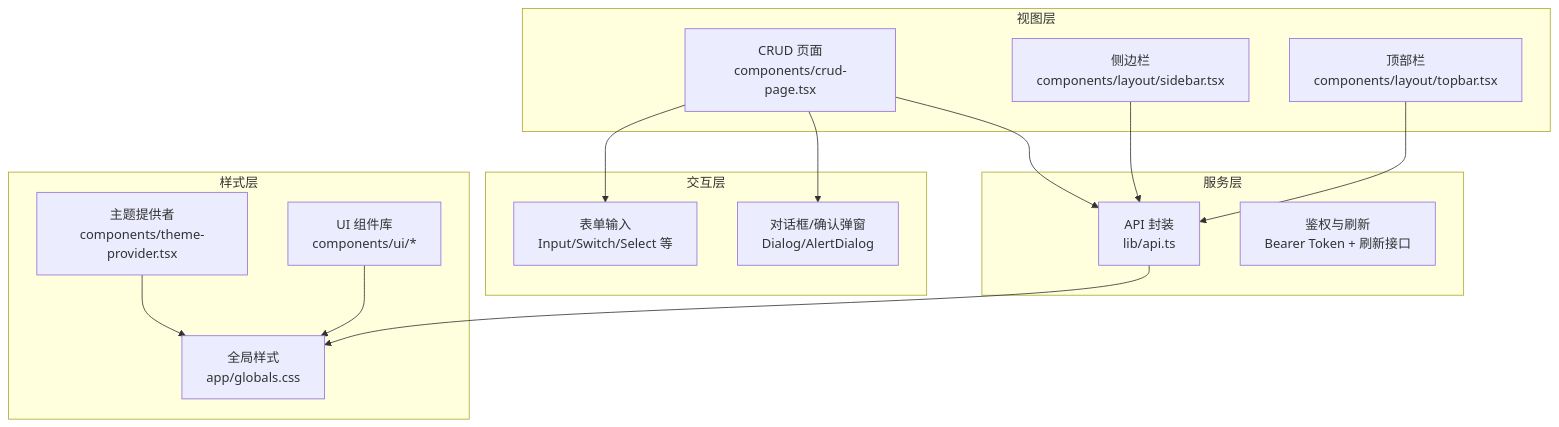
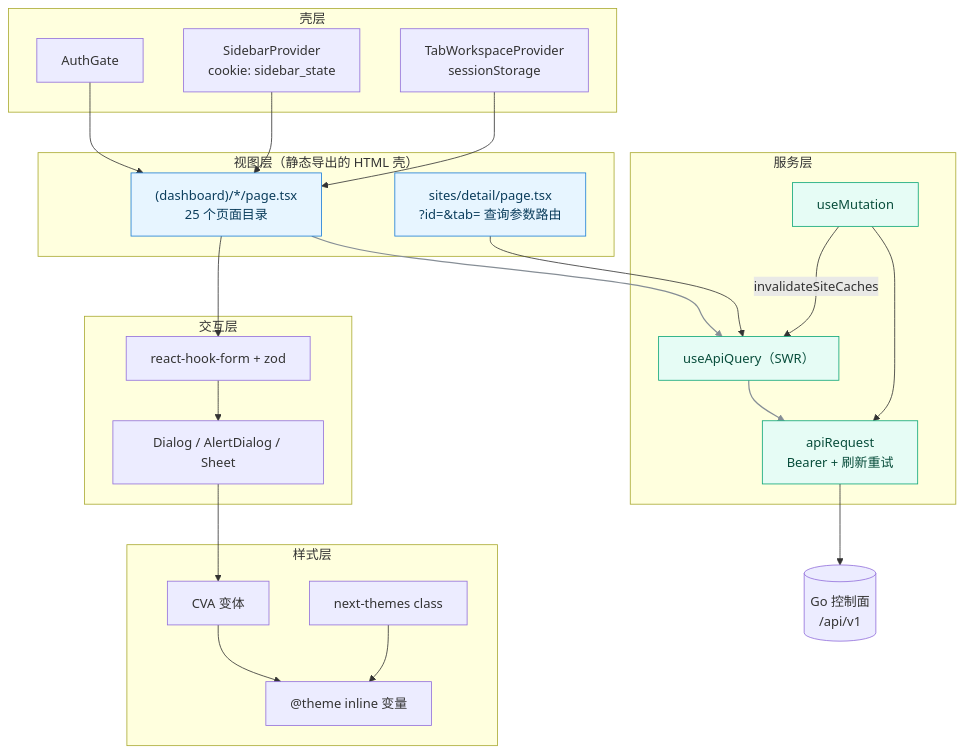
One commit to x01n/My-OpenWaf changed the second of 9 diagrams in docs/前端管理界面/前端管理界面.md. Above: the diagram before and after it, drawn with Mermaid. The commit also changed other lines of this file and 622 other files, not shown here.

````diff
--- a/docs/前端管理界面/前端管理界面.md
+++ b/docs/前端管理界面/前端管理界面.md
@@ -129,29 +260,43 @@
 ```mermaid
-graph TB
-subgraph "视图层"
-V1["CRUD 页面<br/>components/crud-page.tsx"]
-V2["侧边栏<br/>components/layout/sidebar.tsx"]
-V3["顶部栏<br/>components/layout/topbar.tsx"]
-end
-subgraph "交互层"
-I1["表单输入<br/>Input/Switch/Select 等"]
-I2["对话框/确认弹窗<br/>Dialog/AlertDialog"]
-end
-subgraph "服务层"
-S1["API 封装<br/>lib/api.ts"]
-S2["鉴权与刷新<br/>Bearer Token + 刷新接口"]
-end
-subgraph "样式层"
-ST1["全局样式<br/>app/globals.css"]
-ST2["主题提供者<br/>components/theme-provider.tsx"]
-ST3["UI 组件库<br/>components/ui/*"]
-end
-V1 --> I1
-V1 --> I2
-V1 --> S1
-V2 --> S1
-V3 --> S1
-S1 --> ST1
-ST2 --> ST1
-ST3 --> ST1
+flowchart TB
+  subgraph L1["视图层（静态导出的 HTML 壳）"]
+    P1["(dashboard)/*/page.tsx<br/>25 个页面目录"]
+    P2["sites/detail/page.tsx<br/>?id=&tab= 查询参数路由"]
+  end
+  subgraph L2["壳层"]
+    S1["AuthGate"]
+    S2["SidebarProvider<br/>cookie: sidebar_state"]
+    S3["TabWorkspaceProvider<br/>sessionStorage"]
+  end
+  subgraph L3["交互层"]
+    I1["react-hook-form + zod"]
+    I2["Dialog / AlertDialog / Sheet"]
+  end
+  subgraph L4["服务层"]
+    SV1["useApiQuery（SWR）"]
+    SV2["useMutation"]
+    SV3["apiRequest<br/>Bearer + 刷新重试"]
+  end
+  subgraph L5["样式层"]
+    ST1["@theme inline 变量"]
+    ST2["CVA 变体"]
+    ST3["next-themes class"]
+  end
+  BE[("Go 控制面<br/>/api/v1")]
+  P1 --> SV1 --> SV3 --> BE
+  P2 --> SV1
+  P1 --> I1 --> I2
+  S1 --> P1
+  S2 --> P1
+  S3 --> P1
+  SV2 --> SV3
+  SV2 -->|invalidateSiteCaches| SV1
+  I2 --> ST2
+  ST2 --> ST1
+  ST3 --> ST1
+  classDef view fill:#e7f5ff,stroke:#1c7ed6,color:#0b3d5c
+  classDef svc fill:#e6fcf5,stroke:#0ca678,color:#084d3b
+  class P1,P2 view
+  class SV1,SV2,SV3 svc
+  linkStyle 0,1 stroke:#868e96,stroke-width:1.5px
 ```
````
